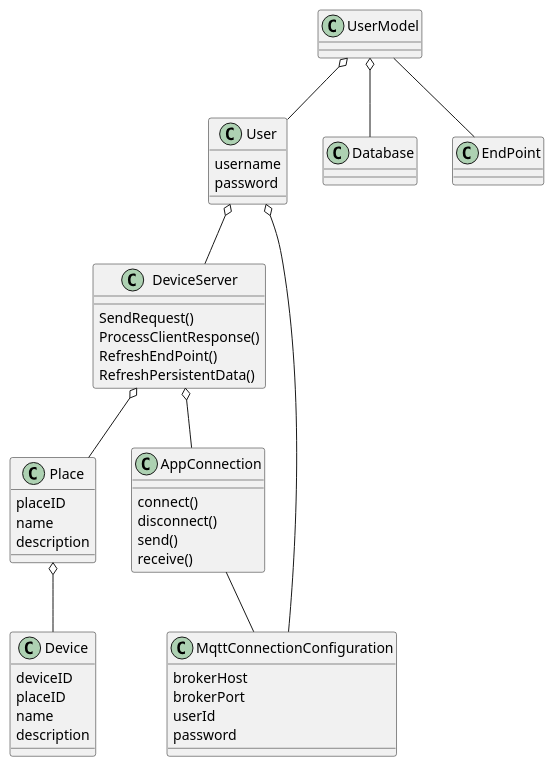
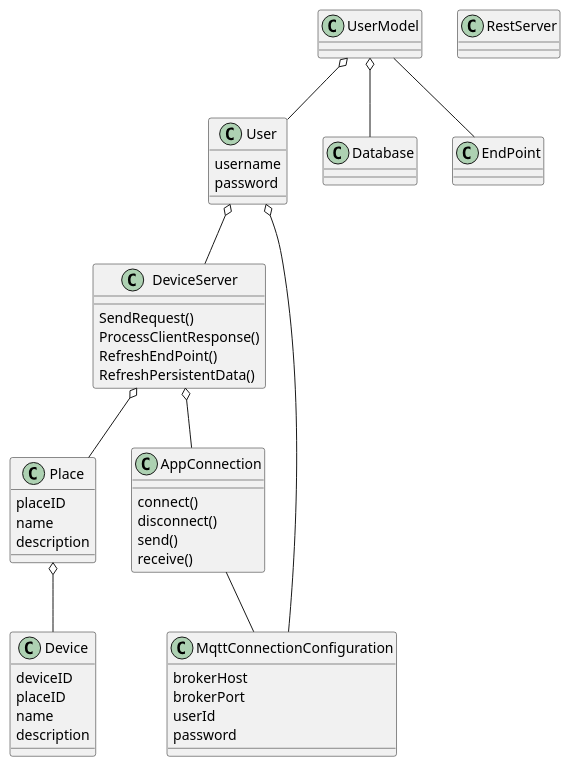
Before and after one commit to hectorgastaminza/Iot: the diagram in comiot/Diagrams/DDeviceServer.puml, drawn with PlantUML. The commit also changed 6 other files, not shown here.

```diff
--- a/comiot/Diagrams/DDeviceServer.puml
+++ b/comiot/Diagrams/DDeviceServer.puml
@@ -1,51 +1,51 @@
 @startuml
 class UserModel{
 }
 class User{
 username
 password
 }
 class Database{
 }
-class EndPoint{
+class RestServer{
 }
 class DeviceServer{
 	SendRequest()
 	ProcessClientResponse()
 	RefreshEndPoint()
 	RefreshPersistentData()
 }
 class AppConnection {
 	connect()
 	disconnect()
 	send()
 	receive()
 }
 class Place {
 placeID
 name
 description
 }
 class Device {
 deviceID
 placeID
 name
 description
 }
 class MqttConnectionConfiguration{
   brokerHost
   brokerPort
   userId
   password
 }
 
 UserModel o-- User
 User o-- MqttConnectionConfiguration
 AppConnection -- MqttConnectionConfiguration
 UserModel o-- Database
 UserModel -- EndPoint
 User o-- DeviceServer
 DeviceServer o-- AppConnection
 DeviceServer o-- Place
 Place o-- Device
 @enduml
```
